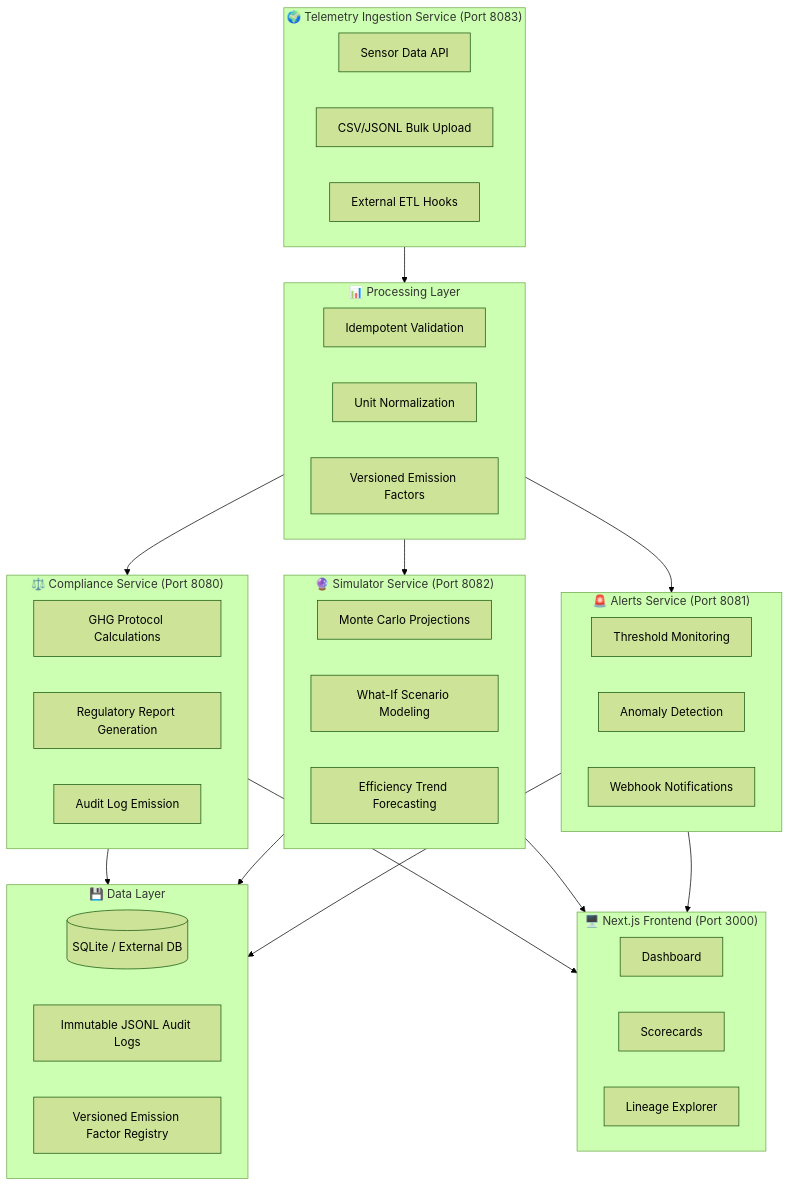
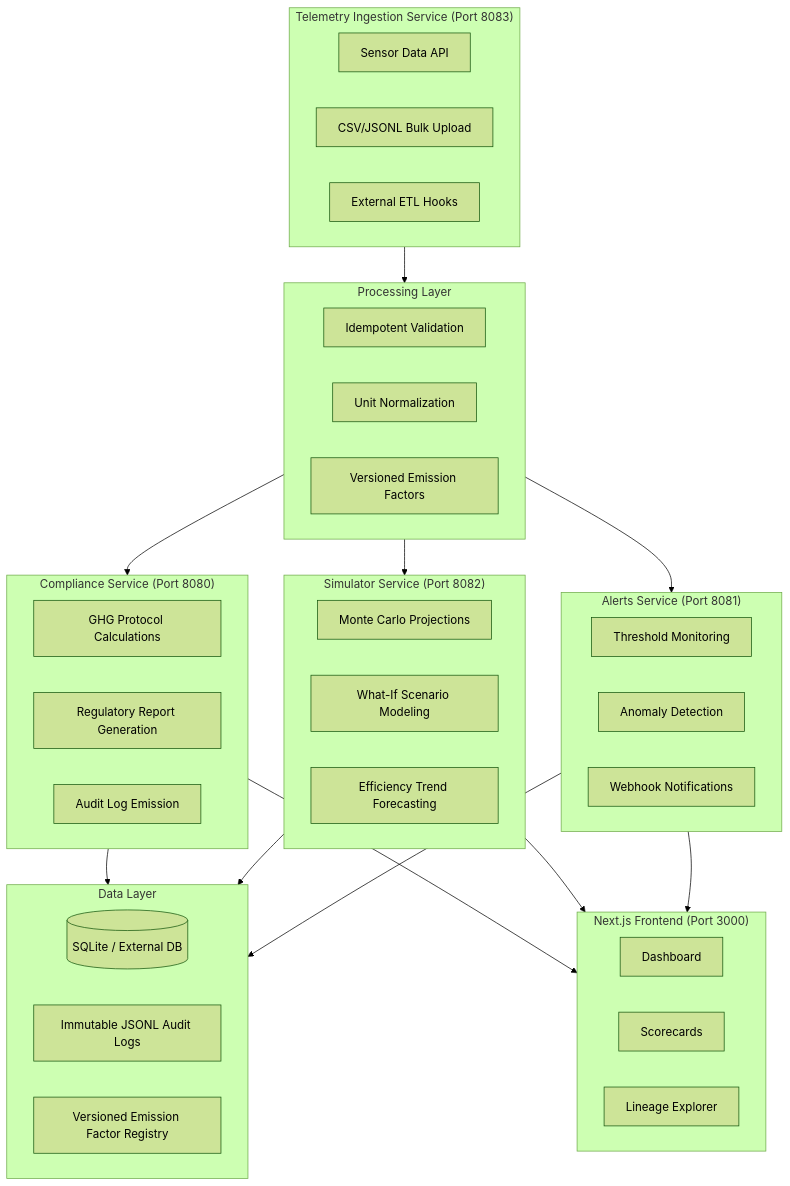
Before and after one commit to csmoot1995/esg-reporting-software: the diagram in README.md, drawn with Mermaid (forest theme).

````diff
--- a/README.md
+++ b/README.md
@@ -39,54 +39,54 @@
 ```mermaid
 flowchart TB
-    subgraph Ingestion["🌍 Telemetry Ingestion Service (Port 8083)"]
+    subgraph Ingestion[" Telemetry Ingestion Service (Port 8083)"]
         A1[Sensor Data API]
         A2[CSV/JSONL Bulk Upload]
         A3[External ETL Hooks]
     end
 
-    subgraph Processing["📊 Processing Layer"]
+    subgraph Processing[" Processing Layer"]
         B1[Idempotent Validation]
         B2[Unit Normalization]
         B3[Versioned Emission Factors]
     end
 
-    subgraph Compliance["⚖️ Compliance Service (Port 8080)"]
+    subgraph Compliance[" Compliance Service (Port 8080)"]
         C1[GHG Protocol Calculations]
         C2[Regulatory Report Generation]
         C3[Audit Log Emission]
     end
 
-    subgraph Simulator["🔮 Simulator Service (Port 8082)"]
+    subgraph Simulator[" Simulator Service (Port 8082)"]
         D1[Monte Carlo Projections]
         D2[What-If Scenario Modeling]
         D3[Efficiency Trend Forecasting]
     end
 
-    subgraph Alerts["🚨 Alerts Service (Port 8081)"]
+    subgraph Alerts[" Alerts Service (Port 8081)"]
         E1[Threshold Monitoring]
         E2[Anomaly Detection]
         E3[Webhook Notifications]
     end
 
-    subgraph Storage["💾 Data Layer"]
+    subgraph Storage[" Data Layer"]
         F1[(SQLite / External DB)]
         F2[Immutable JSONL Audit Logs]
         F3[Versioned Emission Factor Registry]
     end
 
-    subgraph Frontend["🖥️ Next.js Frontend (Port 3000)"]
+    subgraph Frontend[" Next.js Frontend (Port 3000)"]
         G1[Dashboard]
         G2[Scorecards]
         G3[Lineage Explorer]
     end
 
     Ingestion --> Processing --> Compliance
     Processing --> Simulator
     Processing --> Alerts
     Compliance --> Storage
     Simulator --> Storage
     Alerts --> Storage
     Compliance --> Frontend
     Simulator --> Frontend
     Alerts --> Frontend
 ```
````
